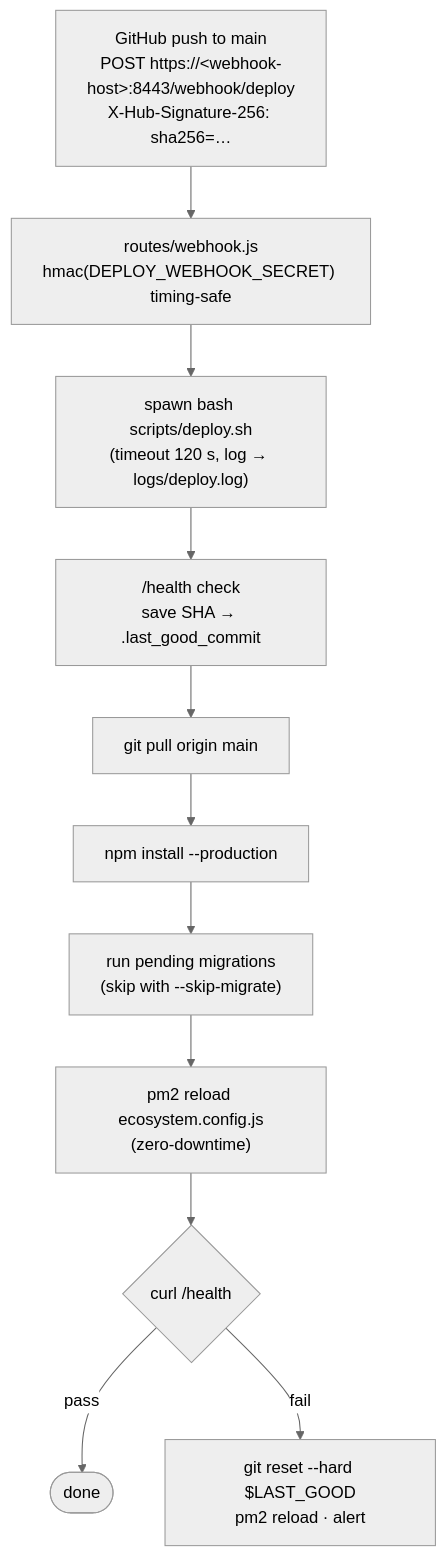
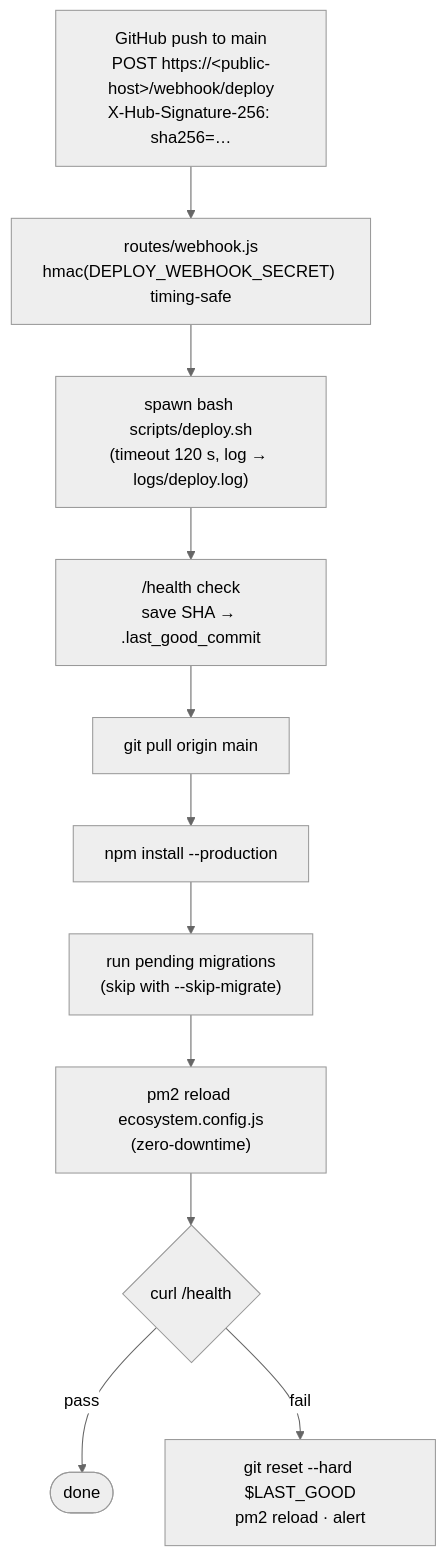
One commit to icmnlab/tree-project-backend changed the ninth of 9 diagrams in README.md. Above: the diagram before and after it, drawn with Mermaid (neutral theme). The commit also changed other lines of this file and 1 other file, not shown here.

Commit message:
docs: fix webhook diagram and point to frontend doc hub

````diff
--- a/README.md
+++ b/README.md
@@ -203,17 +207,17 @@
 ```mermaid
 flowchart TB
-  gh["GitHub push to main<br/>POST https://&lt;webhook-host&gt;:8443/webhook/deploy<br/>X-Hub-Signature-256: sha256=…"]
+  gh["GitHub push to main<br/>POST https://&lt;public-host&gt;/webhook/deploy<br/>X-Hub-Signature-256: sha256=…"]
   wh["routes/webhook.js<br/>hmac(DEPLOY_WEBHOOK_SECRET) timing-safe"]
   sp["spawn bash scripts/deploy.sh<br/>(timeout 120 s, log → logs/deploy.log)"]
   s1["/health check<br/>save SHA → .last_good_commit"]
   s2["git pull origin main"]
   s3["npm install --production"]
   s4["run pending migrations<br/>(skip with --skip-migrate)"]
   s5["pm2 reload ecosystem.config.js<br/>(zero-downtime)"]
   s6{"curl /health"}
   ok(["done"])
   rb["git reset --hard $LAST_GOOD<br/>pm2 reload · alert"]
   gh --> wh --> sp --> s1 --> s2 --> s3 --> s4 --> s5 --> s6
   s6 -- pass --> ok
   s6 -- fail --> rb
 ```
````
